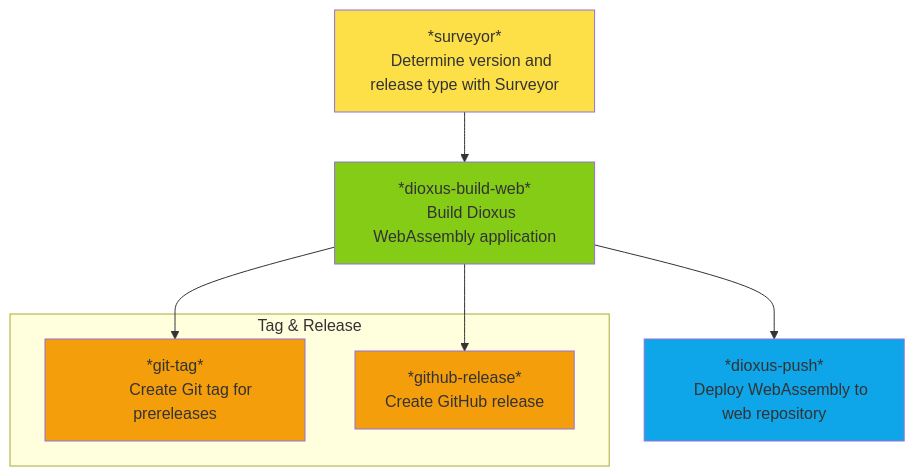
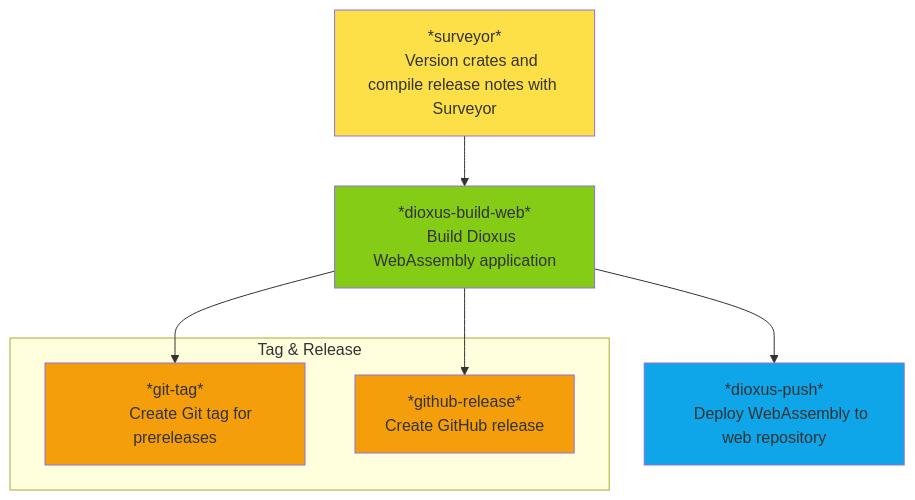
One commit to StudioLE/Actions changed the third of 4 diagrams in README.md. Above: the diagram before and after it, drawn with Mermaid. The commit also changed other lines of this file and 8 other files, not shown here.

````diff
--- a/README.md
+++ b/README.md
@@ -137,31 +137,31 @@
 ```mermaid
 flowchart TD
     surveyor[*surveyor*
-    Determine version and release type with Surveyor]:::SURVEYOR
+    Version crates and compile release notes with Surveyor]:::SURVEYOR
 
     dioxus-build-web[*dioxus-build-web*
     Build Dioxus WebAssembly application]:::BUILD
 
     subgraph TAG[Tag & Release]
         git-tag[*git-tag*
         Create Git tag for prereleases]:::RELEASE
         github-release[*github-release*
         Create GitHub release]:::RELEASE
     end
 
     dioxus-push[*dioxus-push*
     Deploy WebAssembly to web repository]:::PUSH
 
     %% Main workflow connections
     surveyor --> dioxus-build-web
 
     dioxus-build-web --> git-tag
     dioxus-build-web --> github-release
     dioxus-build-web --> dioxus-push
 
     %% Styling with Tailwind colors
     classDef SURVEYOR fill:#fde047
     classDef BUILD fill:#84cc16
     classDef RELEASE fill:#f59e0b
     classDef PUSH fill:#0ea5e9
 ```
````
